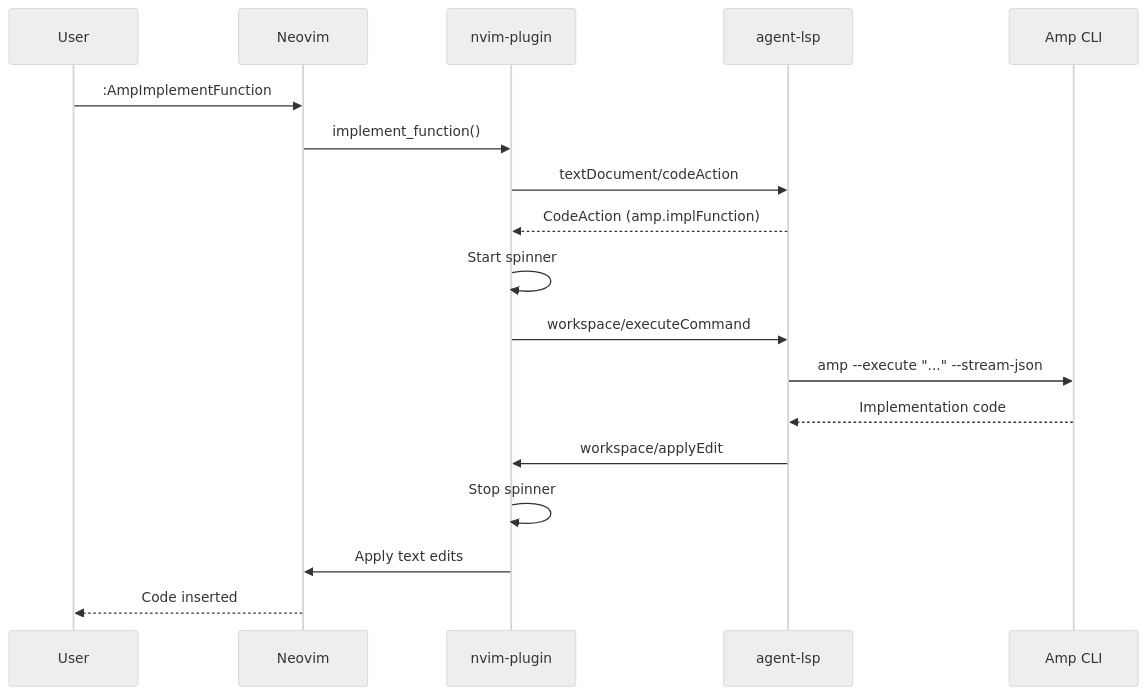
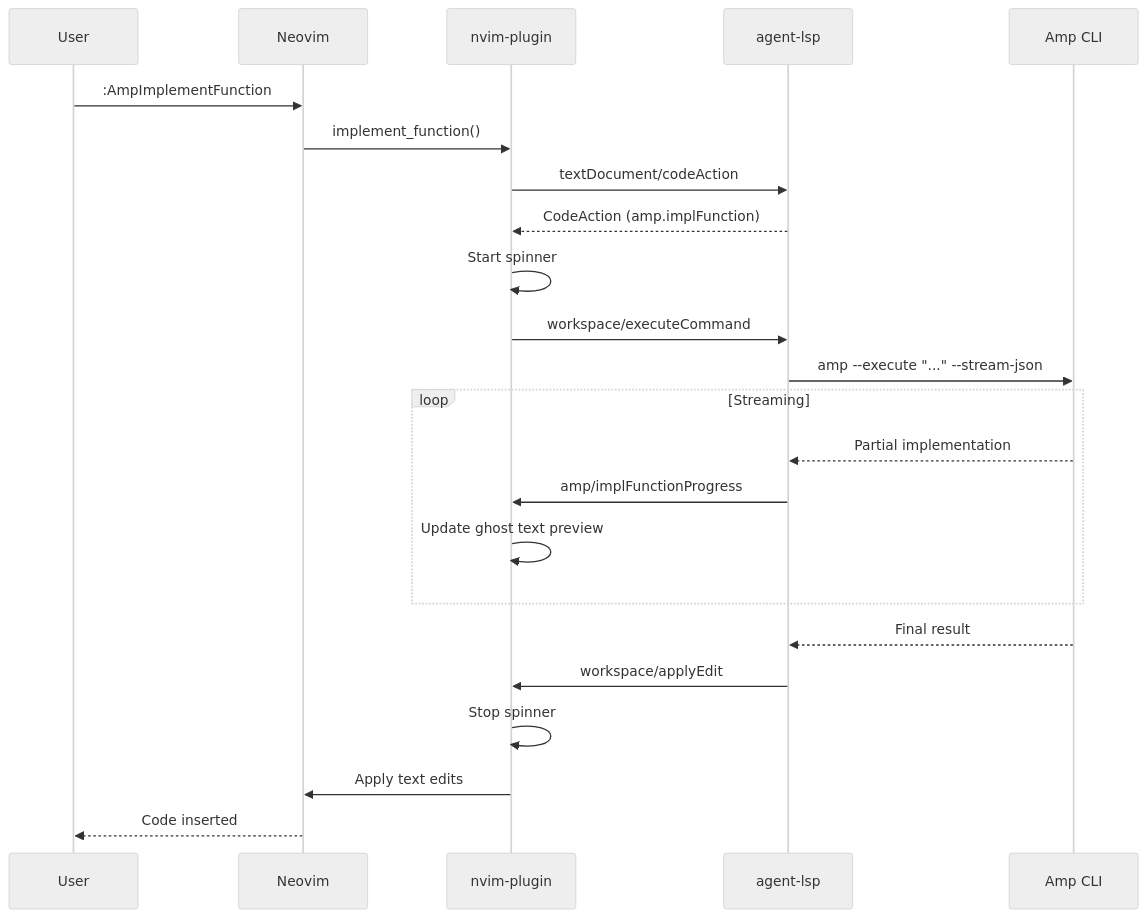
The first of 2 diagrams in README.md (yuvaldolev/agent.nvim), drawn with Mermaid (neutral theme) before and after one commit. The commit also changed other lines of this file and 1 other file, not shown here.

Commit message:
docs: add streaming progress and ghost text preview documentation

````diff
--- a/README.md
+++ b/README.md
@@ -118,21 +119,26 @@
 ```mermaid
 sequenceDiagram
     participant User
     participant Neovim
     participant Plugin as nvim-plugin
     participant LSP as agent-lsp
     participant Amp as Amp CLI
 
     User->>Neovim: :AmpImplementFunction
     Neovim->>Plugin: implement_function()
     Plugin->>LSP: textDocument/codeAction
     LSP-->>Plugin: CodeAction (amp.implFunction)
     Plugin->>Plugin: Start spinner
     Plugin->>LSP: workspace/executeCommand
     LSP->>Amp: amp --execute "..." --stream-json
-    Amp-->>LSP: Implementation code
+    loop Streaming
+        Amp-->>LSP: Partial implementation
+        LSP->>Plugin: amp/implFunctionProgress
+        Plugin->>Plugin: Update ghost text preview
+    end
+    Amp-->>LSP: Final result
     LSP->>Plugin: workspace/applyEdit
     Plugin->>Plugin: Stop spinner
     Plugin->>Neovim: Apply text edits
     Neovim-->>User: Code inserted
 ```
````
